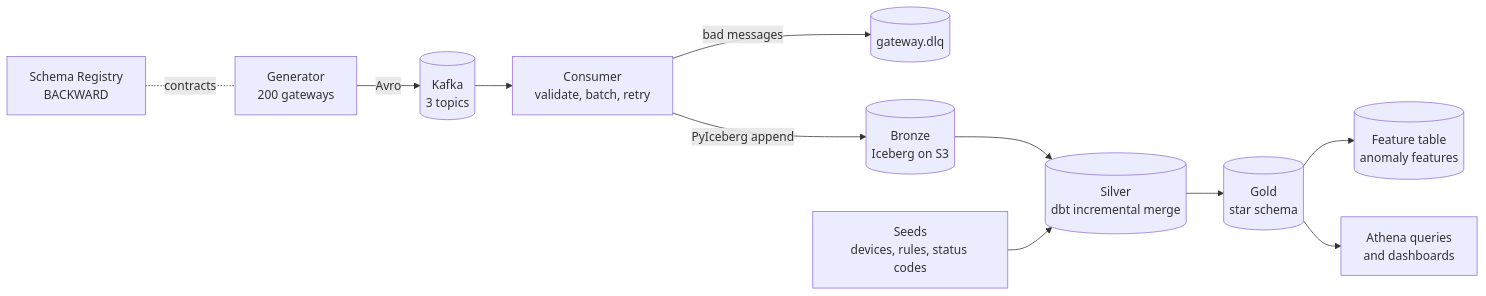
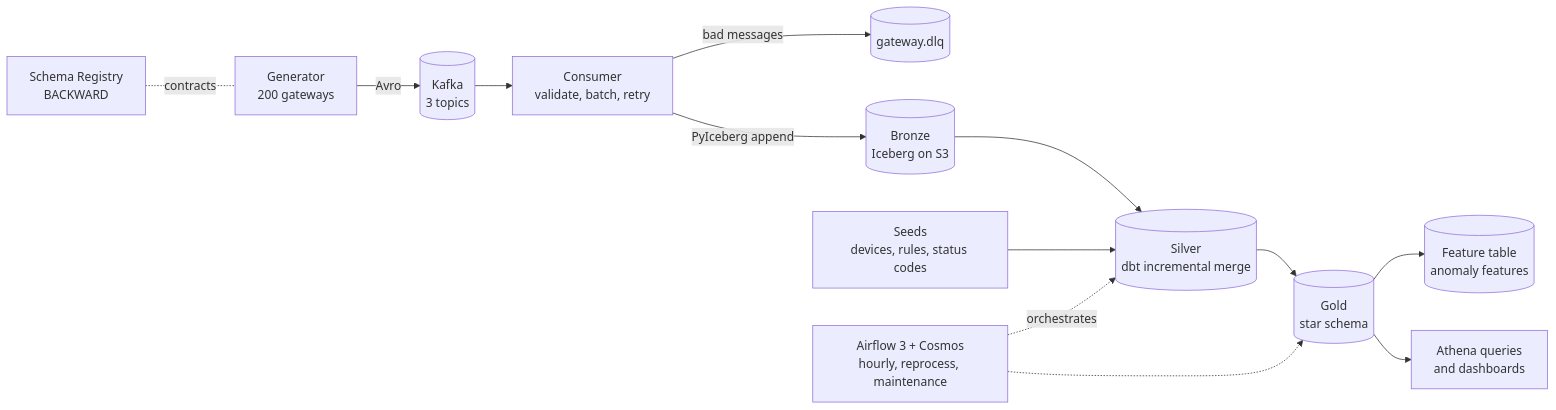
Before and after one commit to SharathPradeep/edgepulse: the diagram in README.md, drawn with Mermaid. The commit also changed other lines of this file and 3 other files, not shown here.

Commit message:
Block 5.2: README pass, RAID log and lineage screenshots" -m "README rewritten around what's built, drills, lessons and production changes, with a CI badge, dbt lineage and the hourly DAG graph. RAID log covers risks, assumptions, open issues and dependencies.

````diff
--- a/README.md
+++ b/README.md
@@ -26,13 +26,15 @@
 ```mermaid
 flowchart LR
     G[Generator<br/>200 gateways] -->|Avro| K[(Kafka<br/>3 topics)]
     SR[Schema Registry<br/>BACKWARD] -.contracts.- G
     K --> C[Consumer<br/>validate, batch, retry]
     C -->|bad messages| D[(gateway.dlq)]
     C -->|PyIceberg append| B[(Bronze<br/>Iceberg on S3)]
     B --> S[(Silver<br/>dbt incremental merge)]
     SE[Seeds<br/>devices, rules, status codes] --> S
     S --> GO[(Gold<br/>star schema)]
     GO --> F[(Feature table<br/>anomaly features)]
     GO --> A[Athena queries<br/>and dashboards]
+    AF[Airflow 3 + Cosmos<br/>hourly, reprocess, maintenance] -.orchestrates.-> S
+    AF -.-> GO
 ```
````
